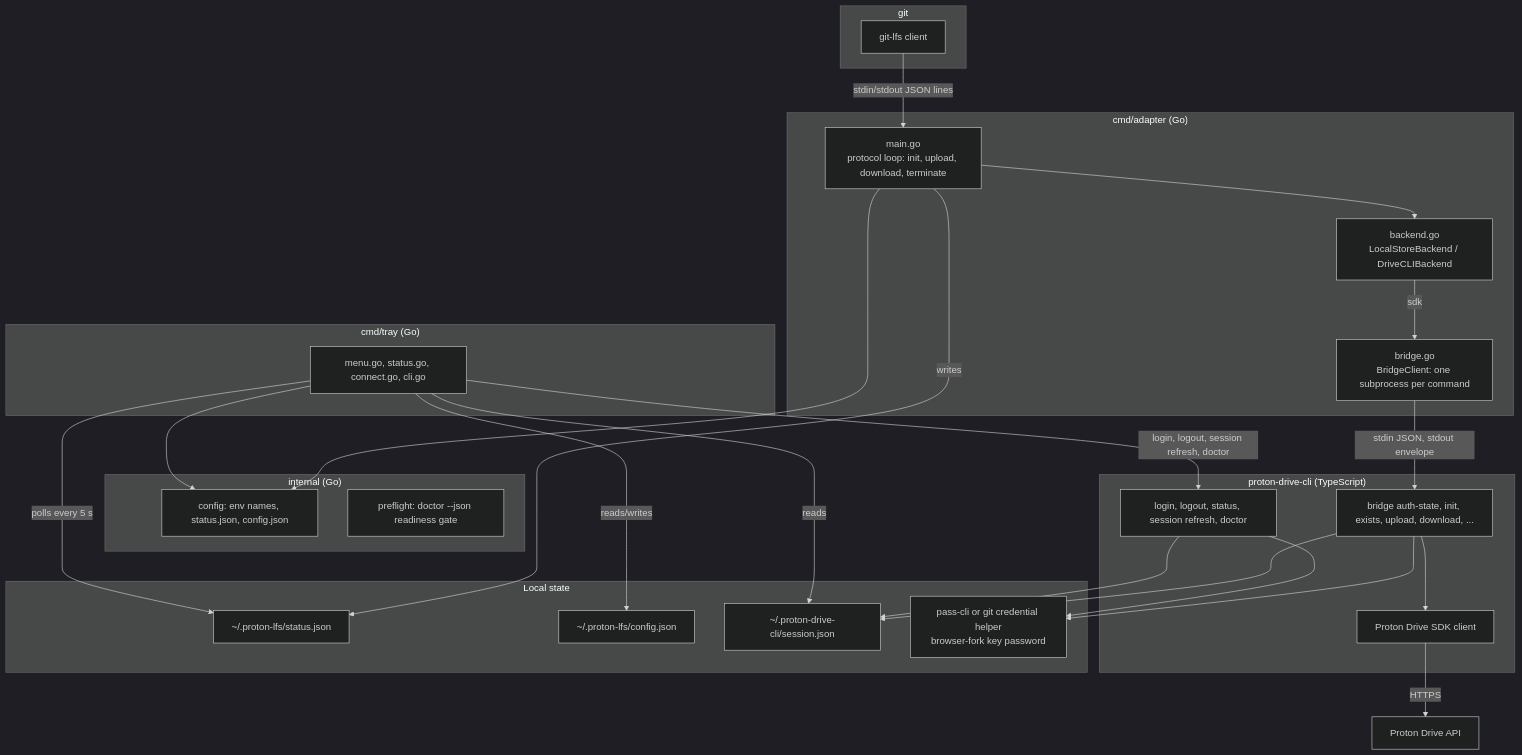
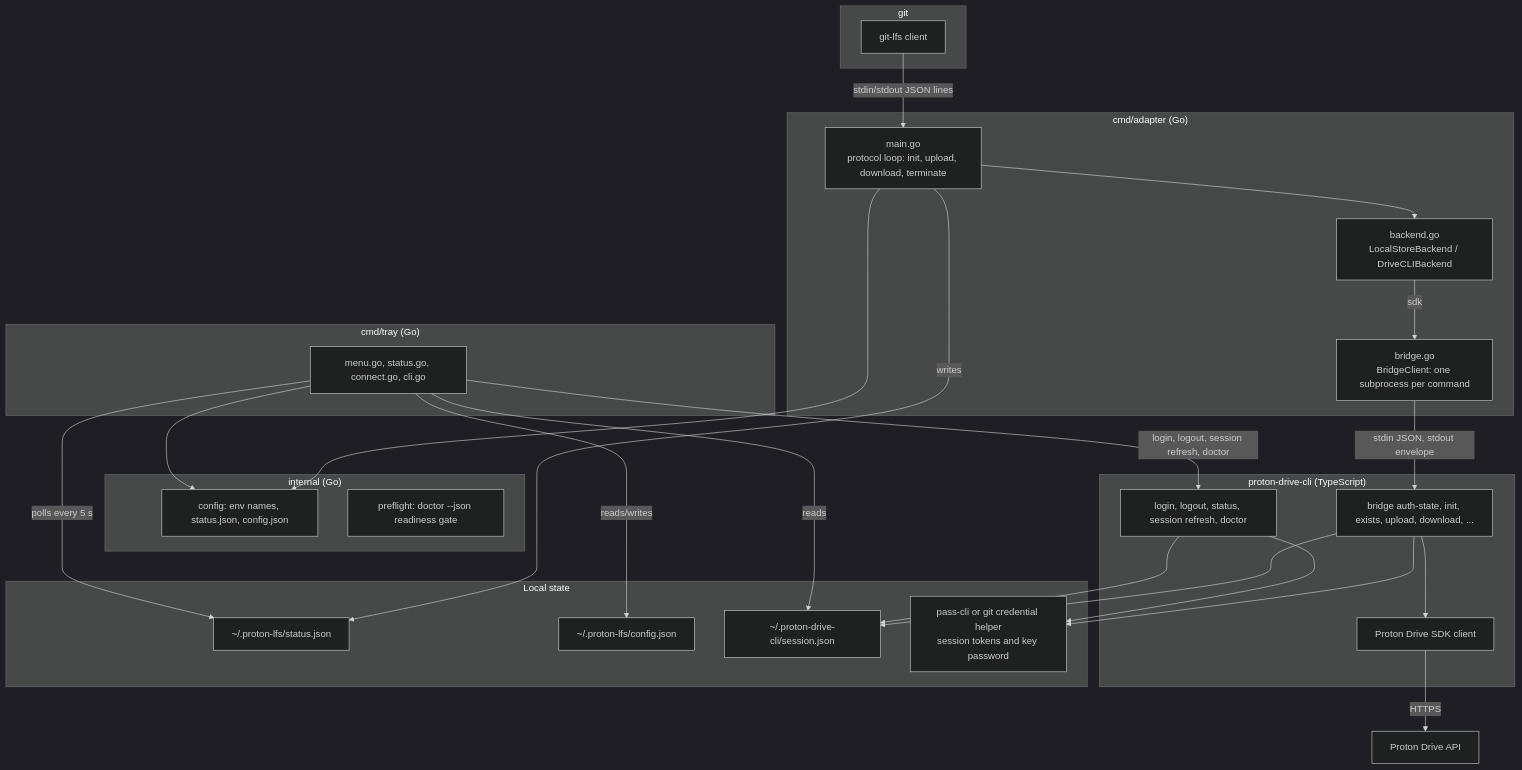
Before and after one commit to SevenOfNine-labs/proton-lfs-cli: the first of 5 diagrams in docs/architecture/architecture.md, drawn with Mermaid (dark theme). The commit also changed other lines of this file and 59 other files, not shown here.

````diff
--- a/docs/architecture/architecture.md
+++ b/docs/architecture/architecture.md
@@ -13,52 +13,52 @@
 ```mermaid
 graph TB
     subgraph "git"
         Git[git-lfs client]
     end
 
     subgraph "cmd/adapter (Go)"
         Main[main.go<br/>protocol loop: init, upload, download, terminate]
         Backend[backend.go<br/>LocalStoreBackend / DriveCLIBackend]
         Bridge[bridge.go<br/>BridgeClient: one subprocess per command]
     end
 
     subgraph "cmd/tray (Go)"
         Tray[menu.go, status.go, connect.go, cli.go]
     end
 
     subgraph "internal (Go)"
         Config[config: env names, status.json, config.json]
         Preflight[preflight: doctor --json readiness gate]
     end
 
     subgraph "proton-drive-cli (TypeScript)"
         CLI[login, logout, status, session refresh, doctor]
         BridgeCmd[bridge auth-state, init, exists, upload, download, ...]
         SDK[Proton Drive SDK client]
     end
 
     subgraph "Local state"
         Status[~/.proton-lfs/status.json]
         Prefs[~/.proton-lfs/config.json]
         Session[~/.proton-drive-cli/session.json]
-        Providers[pass-cli or git credential helper<br/>browser-fork key password]
+        Stores[pass-cli or git credential helper<br/>session tokens and key password]
     end
 
     Git -->|stdin/stdout JSON lines| Main
     Main --> Backend
     Backend -->|sdk| Bridge
     Bridge -->|stdin JSON, stdout envelope| BridgeCmd
     BridgeCmd --> SDK
     SDK -->|HTTPS| Proton[Proton Drive API]
     BridgeCmd --> Session
-    BridgeCmd --> Providers
+    BridgeCmd --> Stores
     Main -->|writes| Status
     Tray -->|polls every 5 s| Status
     Tray -->|reads/writes| Prefs
     Tray -->|reads| Session
     Tray -->|login, logout, session refresh, doctor| CLI
     CLI --> Session
-    CLI --> Providers
+    CLI --> Stores
     Main --> Config
     Tray --> Config
 ```
````
